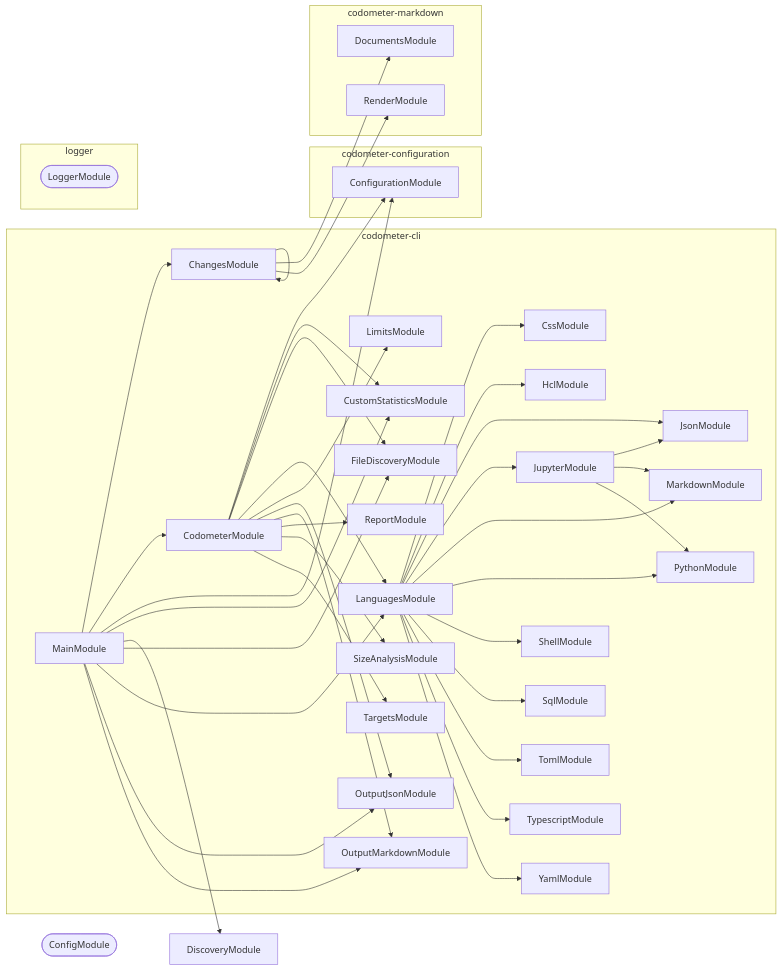
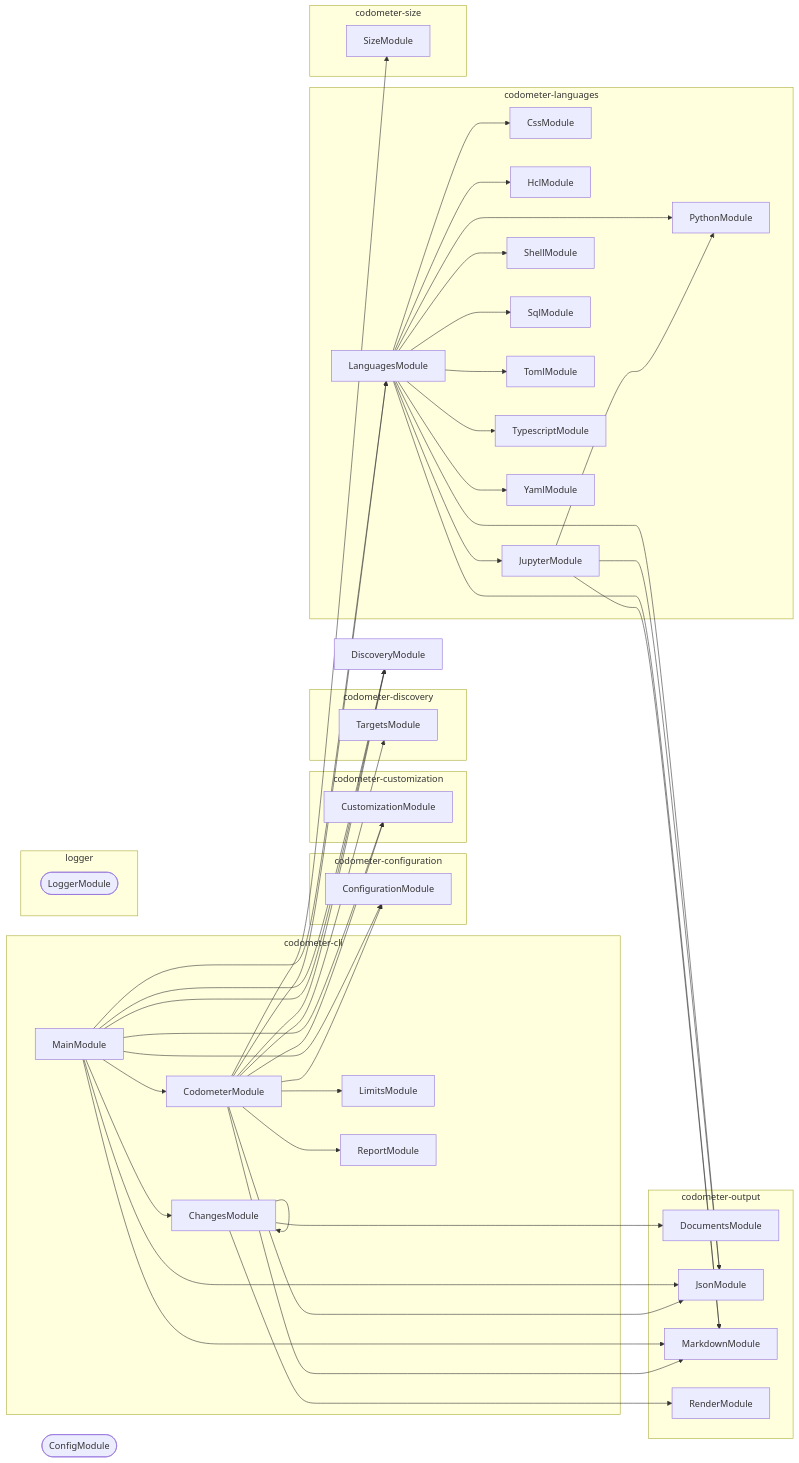
Before and after one commit to JimmyPaolini/codebase: the second of 2 diagrams in packages/codometer-cli/README.md, drawn with Mermaid. The commit also changed other lines of this file and 282 other files, not shown here.

````diff
--- a/packages/codometer-cli/README.md
+++ b/packages/codometer-cli/README.md
@@ -454,76 +462,81 @@
 ```mermaid
 flowchart LR
   subgraph group0["codometer-cli"]
     ChangesModule
     CodometerModule
+    LimitsModule
+    MainModule
+    ReportModule
+  end
+  subgraph group1["codometer-configuration"]
+    ConfigurationModule
+  end
+  subgraph group2["codometer-customization"]
+    CustomizationModule
+  end
+  subgraph group3["codometer-discovery"]
+    TargetsModule
+  end
+  subgraph group4["codometer-languages"]
     CssModule
-    CustomStatisticsModule
-    FileDiscoveryModule
     HclModule
-    JsonModule
     JupyterModule
     LanguagesModule
-    LimitsModule
-    MainModule
-    MarkdownModule
-    OutputJsonModule
-    OutputMarkdownModule
     PythonModule
-    ReportModule
     ShellModule
-    SizeAnalysisModule
     SqlModule
-    TargetsModule
     TomlModule
     TypescriptModule
     YamlModule
   end
-  subgraph group1["codometer-configuration"]
-    ConfigurationModule
-  end
-  subgraph group2["codometer-markdown"]
+  subgraph group5["codometer-output"]
     DocumentsModule
+    JsonModule
+    MarkdownModule
     RenderModule
   end
-  subgraph group3["logger"]
+  subgraph group6["codometer-size"]
+    SizeModule
+  end
+  subgraph group7["logger"]
     LoggerModule([LoggerModule])
   end
   ConfigModule([ConfigModule])
   DiscoveryModule
   ChangesModule --> ChangesModule
   ChangesModule --> DocumentsModule
   ChangesModule --> RenderModule
   CodometerModule --> ConfigurationModule
-  CodometerModule --> CustomStatisticsModule
-  CodometerModule --> FileDiscoveryModule
+  CodometerModule --> CustomizationModule
+  CodometerModule --> DiscoveryModule
+  CodometerModule --> JsonModule
   CodometerModule --> LanguagesModule
   CodometerModule --> LimitsModule
-  CodometerModule --> OutputJsonModule
-  CodometerModule --> OutputMarkdownModule
+  CodometerModule --> MarkdownModule
   CodometerModule --> ReportModule
-  CodometerModule --> SizeAnalysisModule
+  CodometerModule --> SizeModule
   CodometerModule --> TargetsModule
   JupyterModule --> JsonModule
   JupyterModule --> MarkdownModule
   JupyterModule --> PythonModule
   LanguagesModule --> CssModule
   LanguagesModule --> HclModule
   LanguagesModule --> JsonModule
   LanguagesModule --> JupyterModule
   LanguagesModule --> MarkdownModule
   LanguagesModule --> PythonModule
   LanguagesModule --> ShellModule
   LanguagesModule --> SqlModule
   LanguagesModule --> TomlModule
   LanguagesModule --> TypescriptModule
   LanguagesModule --> YamlModule
   MainModule --> ChangesModule
   MainModule --> CodometerModule
   MainModule --> ConfigurationModule
-  MainModule --> CustomStatisticsModule
+  MainModule --> CustomizationModule
   MainModule --> DiscoveryModule
-  MainModule --> FileDiscoveryModule
+  MainModule --> DiscoveryModule
+  MainModule --> JsonModule
   MainModule --> LanguagesModule
-  MainModule --> OutputJsonModule
-  MainModule --> OutputMarkdownModule
+  MainModule --> MarkdownModule
 ```
````
